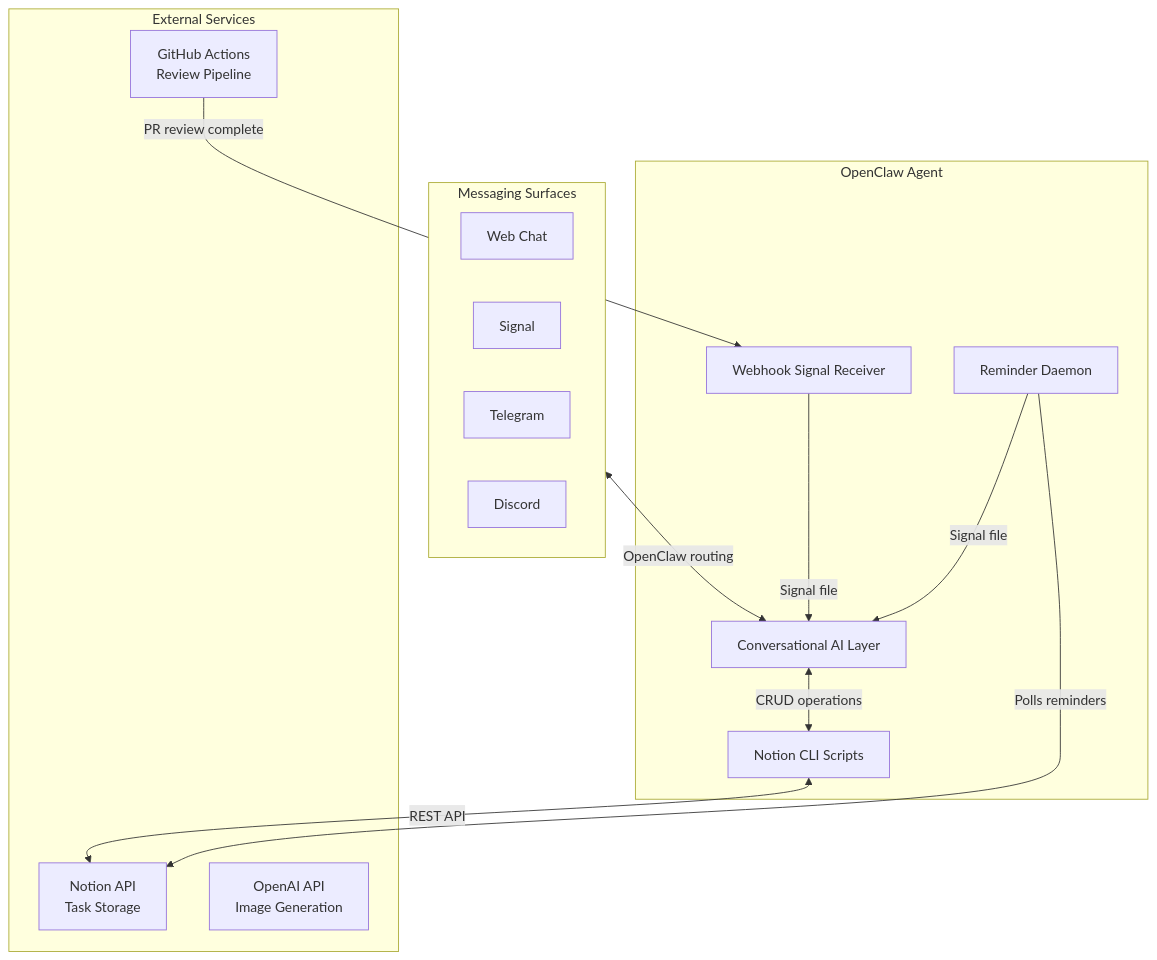
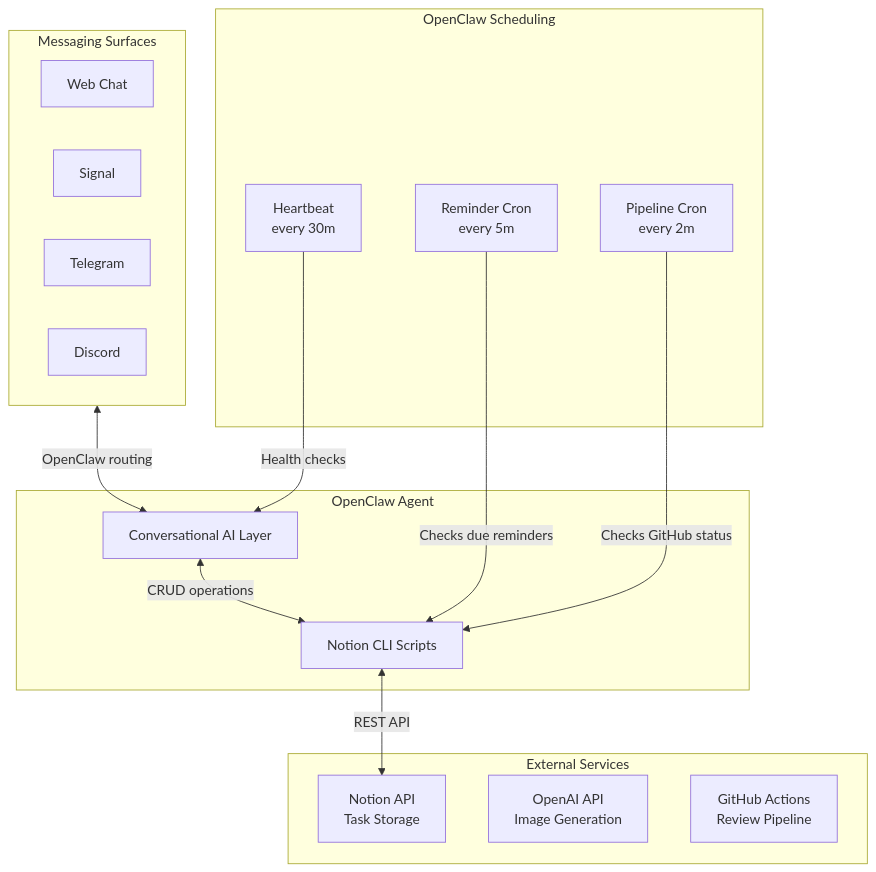
One commit to NickBorgersProbably/hide-my-list changed the first of 6 diagrams in docs/architecture.md. Above: the diagram before and after it, drawn with Mermaid. The commit also changed other lines of this file and 20 other files, not shown here.

First line of the commit message:
restructure: Make repo deployable as OpenClaw workspace

````diff
--- a/docs/architecture.md
+++ b/docs/architecture.md
@@ -14,30 +14,33 @@
 ```mermaid
 flowchart TB
     subgraph Agent["OpenClaw Agent"]
         AI[Conversational AI Layer]
         Scripts[Notion CLI Scripts]
-        Webhook[Webhook Signal Receiver]
-        Reminder[Reminder Daemon]
+    end
+
+    subgraph Scheduling["OpenClaw Scheduling"]
+        Heartbeat[Heartbeat<br/>every 30m]
+        ReminderCron[Reminder Cron<br/>every 5m]
+        PipelineCron[Pipeline Cron<br/>every 2m]
     end
 
     subgraph Messaging["Messaging Surfaces"]
         Web[Web Chat]
         Signal[Signal]
         Telegram[Telegram]
         Discord[Discord]
     end
 
     subgraph External["External Services"]
         Notion[Notion API<br/>Task Storage]
         OpenAI[OpenAI API<br/>Image Generation]
         GitHub[GitHub Actions<br/>Review Pipeline]
     end
 
     Messaging <-->|OpenClaw routing| AI
     AI <-->|CRUD operations| Scripts
     Scripts <-->|REST API| Notion
-    Reminder -->|Polls reminders| Notion
-    GitHub -->|PR review complete| Webhook
-    Webhook -->|Signal file| AI
-    Reminder -->|Signal file| AI
+    ReminderCron -->|Checks due reminders| Scripts
+    PipelineCron -->|Checks GitHub status| Scripts
+    Heartbeat -->|Health checks| AI
 ```
````
